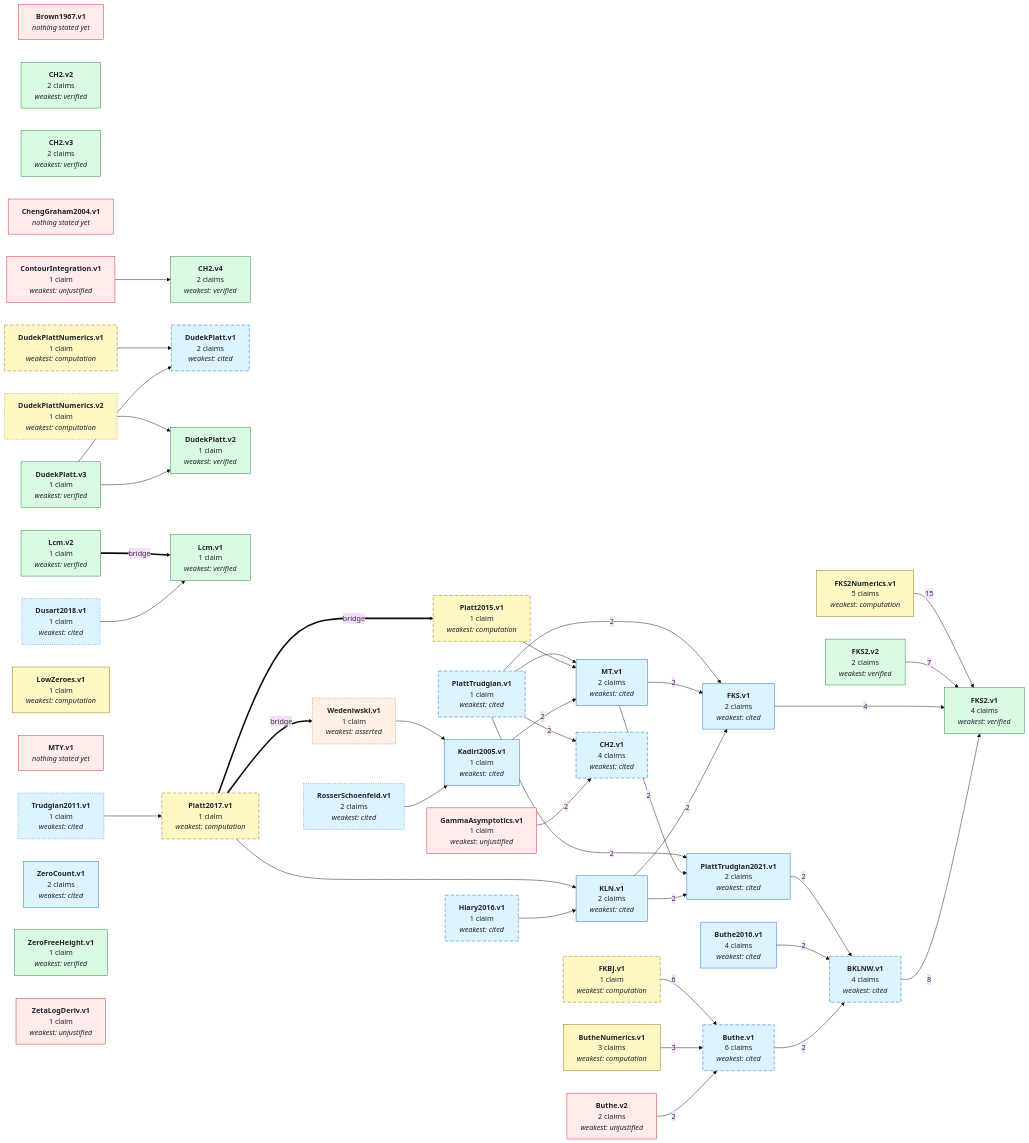
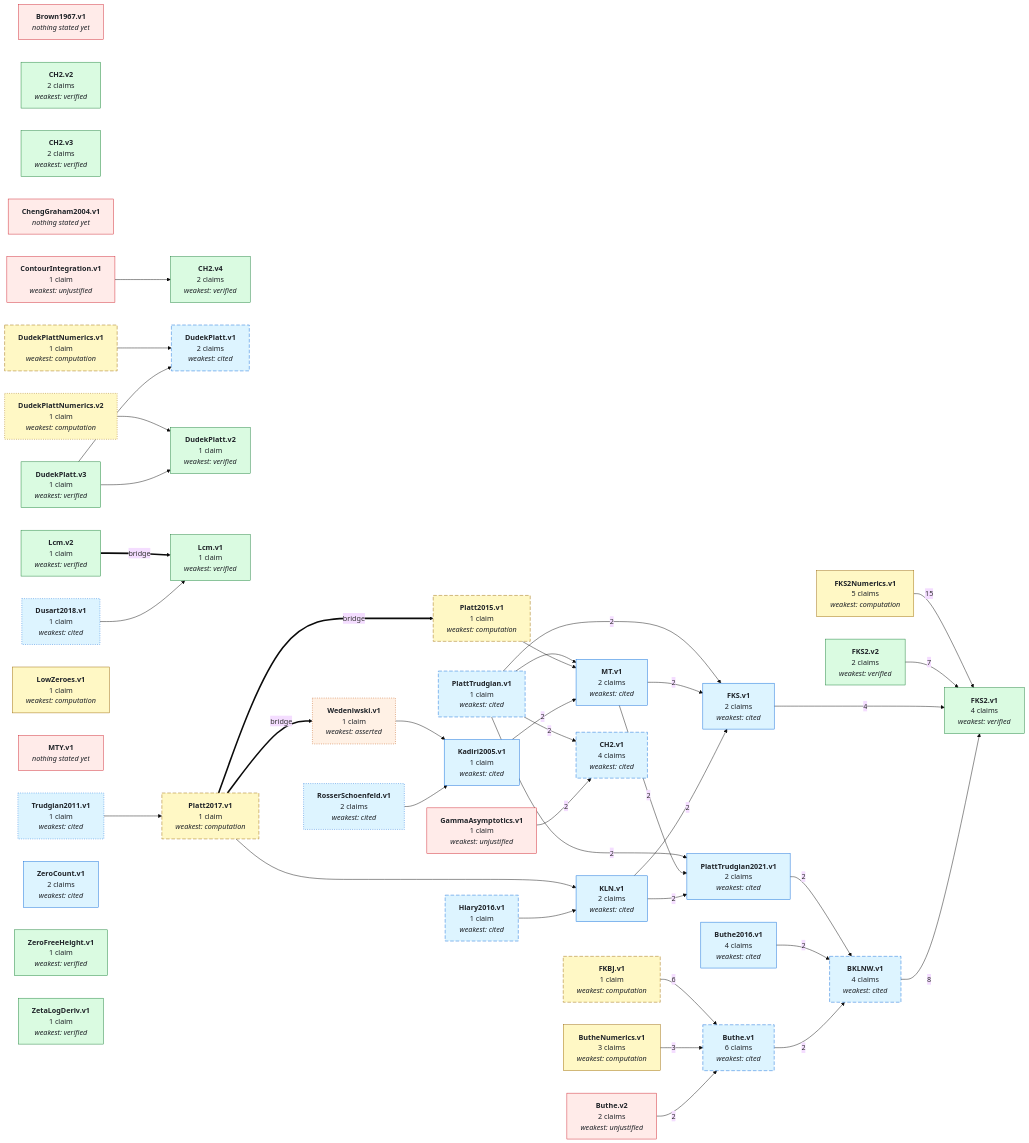
Before and after one commit to teorth/IEANTN: the first of 2 diagrams in GRAPH.md, drawn with Mermaid (base theme). The commit also changed other lines of this file and 5 other files, not shown here.

Commit message:
Record verification receipt for ZetaLogDeriv.v1

```diff
--- a/GRAPH.md
+++ b/GRAPH.md
@@ -93,7 +93,7 @@
   NWedeniwski_v1["<b>Wedeniwski.v1</b><br/>1 claim<br/><i>weakest: asserted</i>"]
   NZeroCount_v1["<b>ZeroCount.v1</b><br/>2 claims<br/><i>weakest: cited</i>"]
   NZeroFreeHeight_v1["<b>ZeroFreeHeight.v1</b><br/>1 claim<br/><i>weakest: verified</i>"]
-  NZetaLogDeriv_v1["<b>ZetaLogDeriv.v1</b><br/>1 claim<br/><i>weakest: unjustified</i>"]
+  NZetaLogDeriv_v1["<b>ZetaLogDeriv.v1</b><br/>1 claim<br/><i>weakest: verified</i>"]
   NBKLNW_v1 -->|8| NFKS2_v1
   NButhe_v1 -->|2| NBKLNW_v1
   NButhe_v2 -->|2| NButhe_v1
@@ -144,11 +144,11 @@
   style NRosserSchoenfeld_v1 stroke-dasharray: 2 3;
   style NTrudgian2011_v1 stroke-dasharray: 2 3;
   style NWedeniwski_v1 stroke-dasharray: 2 3;
-  class NBrown1967_v1,NButhe_v2,NChengGraham2004_v1,NContourIntegration_v1,NGammaAsymptotics_v1,NMTY_v1,NZetaLogDeriv_v1 none_yet;
+  class NBrown1967_v1,NButhe_v2,NChengGraham2004_v1,NContourIntegration_v1,NGammaAsymptotics_v1,NMTY_v1 none_yet;
   class NWedeniwski_v1 asserted;
   class NBKLNW_v1,NButhe_v1,NButhe2016_v1,NCH2_v1,NDudekPlatt_v1,NDusart2018_v1,NFKS_v1,NHiary2016_v1,NKLN_v1,NKadiri2005_v1,NMT_v1,NPlattTrudgian_v1,NPlattTrudgian2021_v1,NRosserSchoenfeld_v1,NTrudgian2011_v1,NZeroCount_v1 literature;
   class NButheNumerics_v1,NDudekPlattNumerics_v1,NDudekPlattNumerics_v2,NFKBJ_v1,NFKS2Numerics_v1,NLowZeroes_v1,NPlatt2015_v1,NPlatt2017_v1 numerical;
-  class NCH2_v2,NCH2_v3,NCH2_v4,NDudekPlatt_v2,NDudekPlatt_v3,NFKS2_v1,NFKS2_v2,NLcm_v1,NLcm_v2,NZeroFreeHeight_v1 lean_comparator;
+  class NCH2_v2,NCH2_v3,NCH2_v4,NDudekPlatt_v2,NDudekPlatt_v3,NFKS2_v1,NFKS2_v2,NLcm_v1,NLcm_v2,NZeroFreeHeight_v1,NZetaLogDeriv_v1 lean_comparator;
   click NBKLNW_v1 href "https://github.com/teorth/IEANTN/blob/main/docs/nodes/BKLNW-v1.md" _blank
   click NButhe_v1 href "https://github.com/teorth/IEANTN/blob/main/docs/nodes/Buthe-v1.md" _blank
   click NButhe_v2 href "https://github.com/teorth/IEANTN/blob/main/docs/nodes/Buthe-v2.md" _blank
```
